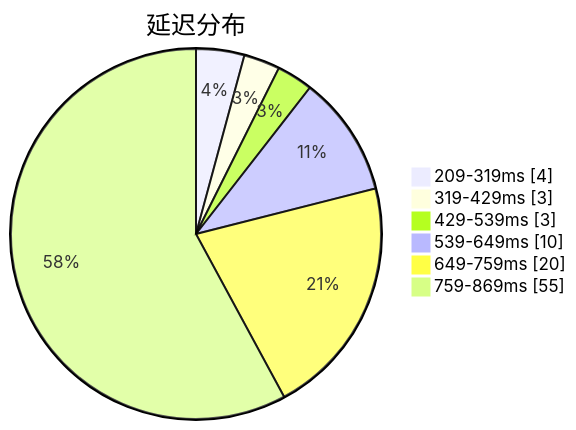
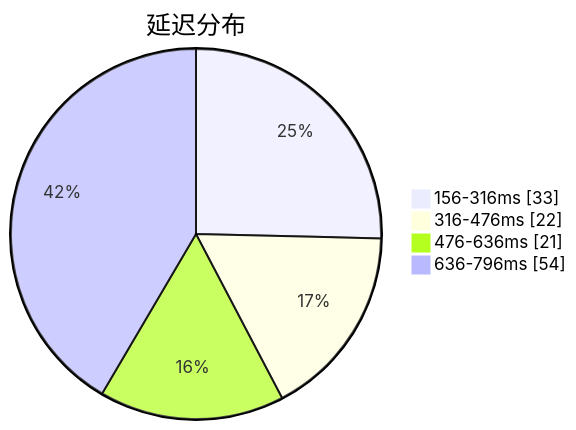
The first of 3 diagrams in subs/statistics/tested_within.md (qjlxg/airport), drawn with Mermaid before and after one commit. The commit also changed other lines of this file and 2 other files, not shown here.

````diff
--- a/subs/statistics/tested_within.md
+++ b/subs/statistics/tested_within.md
@@ -2,10 +2,8 @@
 ```mermaid
 pie showData
 title 延迟分布
-"209-319ms" : 4
-"319-429ms" : 3
-"429-539ms" : 3
-"539-649ms" : 10
-"649-759ms" : 20
-"759-869ms" : 55
+"156-316ms" : 33
+"316-476ms" : 22
+"476-636ms" : 21
+"636-796ms" : 54
 ```
````
